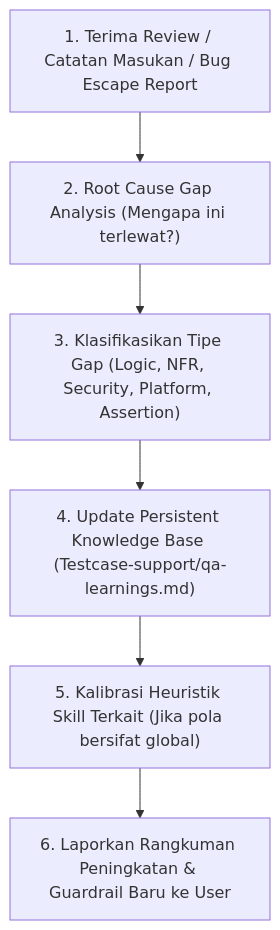
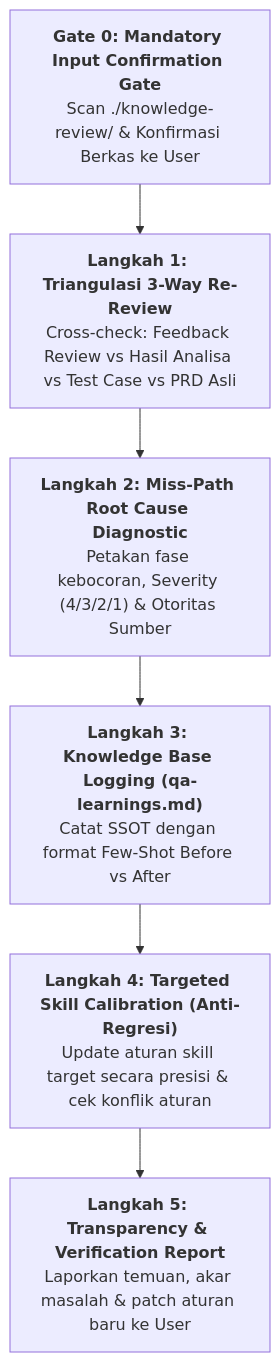
Before and after one commit to fadlyady/prdanalyzer: the diagram in .agents/skills/qa-review-learning/SKILL.md, drawn with Mermaid. The commit also changed other lines of this file and 17 other files, not shown here.

````diff
--- a/.agents/skills/qa-review-learning/SKILL.md
+++ b/.agents/skills/qa-review-learning/SKILL.md
@@ -32,8 +41,8 @@
 ```mermaid
 graph TD
-    A["1. Terima Review / Catatan Masukan / Bug Escape Report"] --> B["2. Root Cause Gap Analysis (Mengapa ini terlewat?)"]
-    B --> C["3. Klasifikasikan Tipe Gap (Logic, NFR, Security, Platform, Assertion)"]
-    C --> D["4. Update Persistent Knowledge Base (Testcase-support/qa-learnings.md)"]
-    D --> E["5. Kalibrasi Heuristik Skill Terkait (Jika pola bersifat global)"]
-    E --> F["6. Laporkan Rangkuman Peningkatan & Guardrail Baru ke User"]
+    A["<b>Gate 0: Mandatory Input Confirmation Gate</b><br/>Scan ./knowledge-review/ & Konfirmasi Berkas ke User"] --> B["<b>Langkah 1: Triangulasi 3-Way Re-Review</b><br/>Cross-check: Feedback Review vs Hasil Analisa vs Test Case vs PRD Asli"]
+    B --> C["<b>Langkah 2: Miss-Path Root Cause Diagnostic</b><br/>Petakan fase kebocoran, Severity (4/3/2/1) & Otoritas Sumber"]
+    C --> D["<b>Langkah 3: Knowledge Base Logging (qa-learnings.md)</b><br/>Catat SSOT dengan format Few-Shot Before vs After"]
+    D --> E["<b>Langkah 4: Targeted Skill Calibration (Anti-Regresi)</b><br/>Update aturan skill target secara presisi & cek konflik aturan"]
+    E --> F["<b>Langkah 5: Transparency & Verification Report</b><br/>Laporkan temuan, akar masalah & patch aturan baru ke User"]
 ```
````
